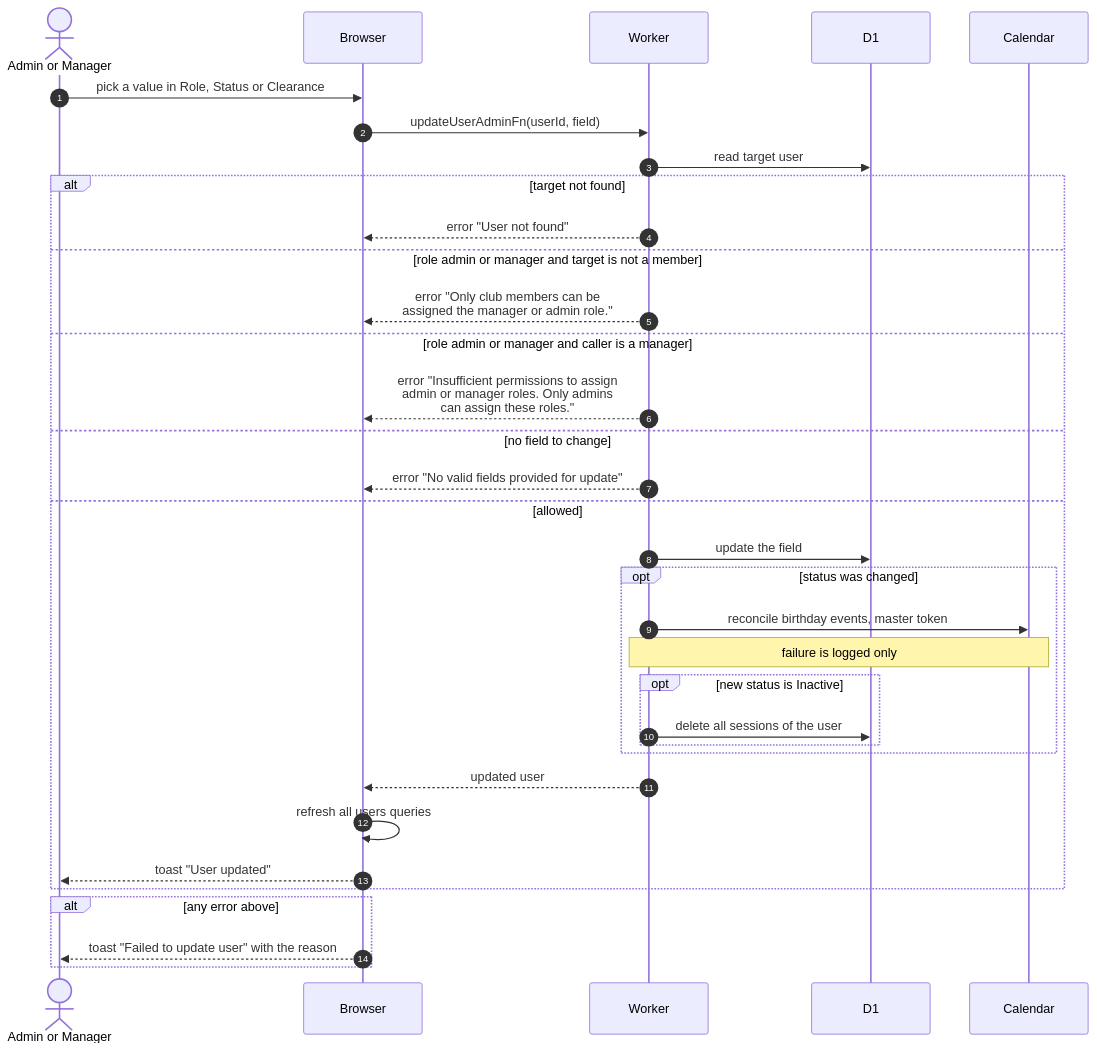
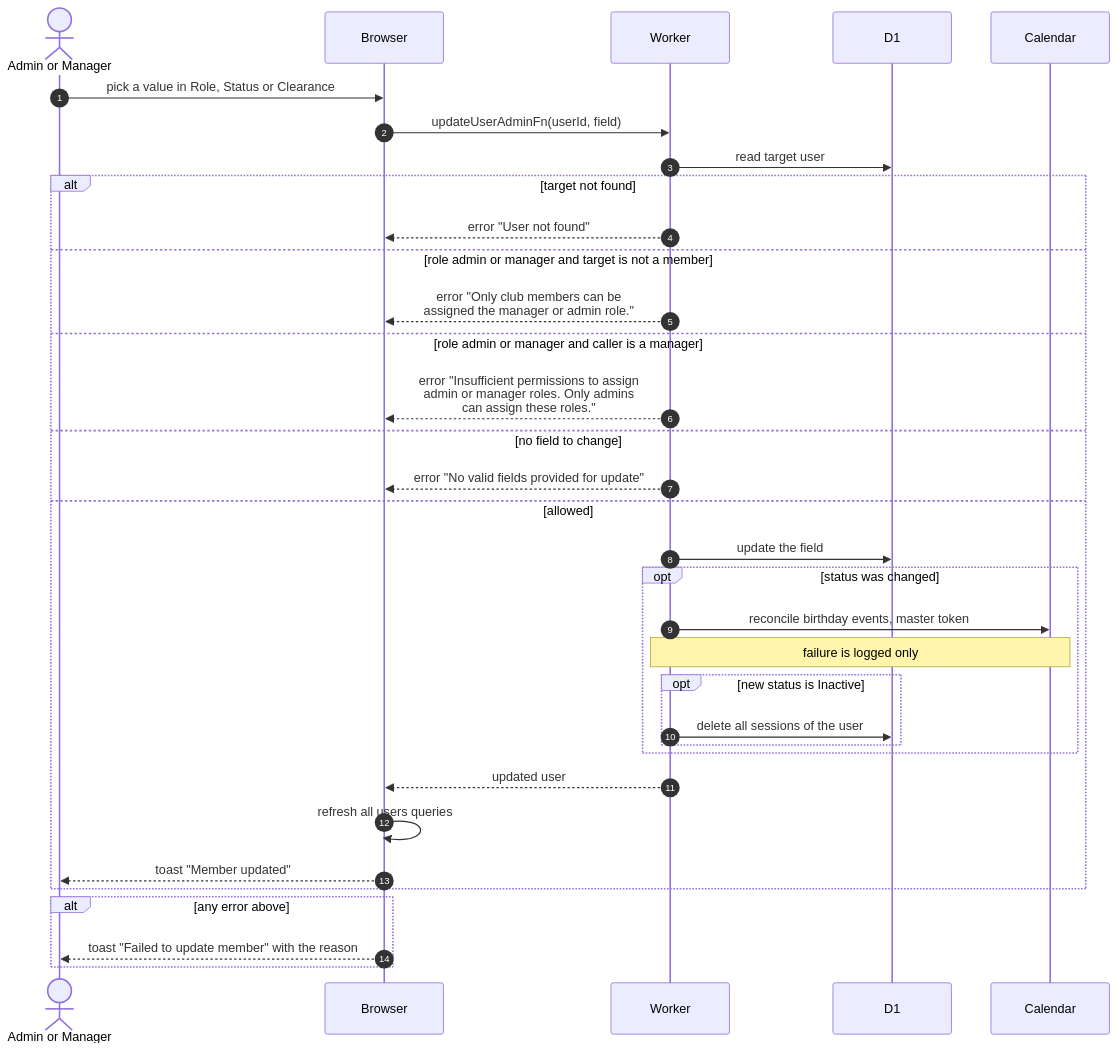
Before and after one commit to sagyzdop/meriksirat: the diagram in docs/scenarios/admin/change-member.md, drawn with Mermaid. The commit also changed other lines of this file and 33 other files, not shown here.

First line of the commit message:
feat(admin): rename user management to member management

````diff
--- a/docs/scenarios/admin/change-member.md
+++ b/docs/scenarios/admin/change-member.md
@@ -15,37 +16,37 @@
 ```mermaid
 sequenceDiagram
     autonumber
     actor Person as Admin or Manager
     participant Browser
     participant Worker
     participant D1
     participant Calendar
 
     Person->>Browser: pick a value in Role, Status or Clearance
     Browser->>Worker: updateUserAdminFn(userId, field)
     Worker->>D1: read target user
     alt target not found
         Worker-->>Browser: error "User not found"
     else role admin or manager and target is not a member
         Worker-->>Browser: error "Only club members can be<br/>assigned the manager or admin role."
     else role admin or manager and caller is a manager
         Worker-->>Browser: error "Insufficient permissions to assign<br/>admin or manager roles. Only admins<br/>can assign these roles."
     else no field to change
         Worker-->>Browser: error "No valid fields provided for update"
     else allowed
         Worker->>D1: update the field
         opt status was changed
             Worker->>Calendar: reconcile birthday events, master token
             Note over Worker,Calendar: failure is logged only
             opt new status is Inactive
                 Worker->>D1: delete all sessions of the user
             end
         end
         Worker-->>Browser: updated user
         Browser->>Browser: refresh all users queries
-        Browser-->>Person: toast "User updated"
+        Browser-->>Person: toast "Member updated"
     end
     alt any error above
-        Browser-->>Person: toast "Failed to update user" with the reason
+        Browser-->>Person: toast "Failed to update member" with the reason
     end
 ```
````
